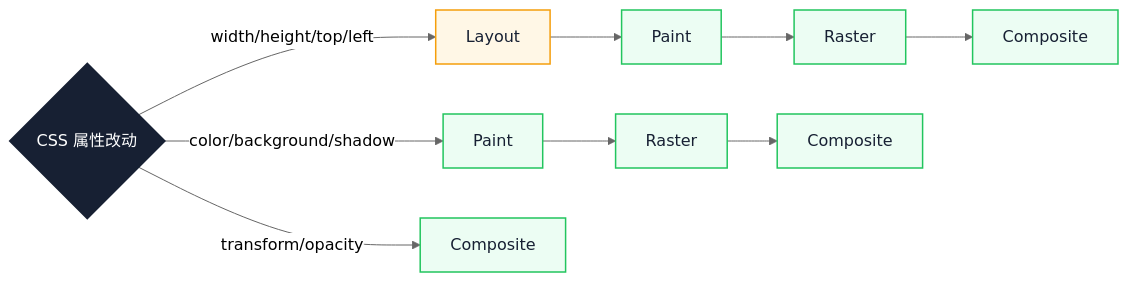
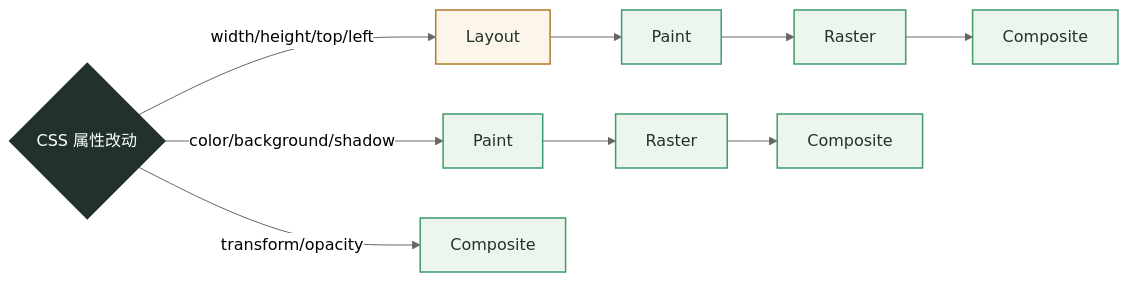
Before and after one commit to Fatejian/frontier-vault: the second of 2 diagrams in docs/performance/rendering-pitfalls.md, drawn with Mermaid (neutral theme). The commit also changed other lines of this file and 63 other files, not shown here.

````diff
--- a/docs/performance/rendering-pitfalls.md
+++ b/docs/performance/rendering-pitfalls.md
@@ -113,23 +113,23 @@
 ```mermaid
 flowchart LR
     Change{"CSS 属性改动"}
 
     Change -->|width/height/top/left| Layout[Layout]
     Change -->|color/background/shadow| Paint[Paint]
     Change -->|transform/opacity| Composite[Composite]
 
     Layout --> Paint2[Paint]
     Paint2 --> Raster[Raster]
     Raster --> Composite2[Composite]
 
     Paint --> Raster2[Raster]
     Raster2 --> Composite3[Composite]
 
-    classDef core fill:#172033,color:#fff,stroke:#172033,stroke-width:2px;
-    classDef block fill:#FFF7E6,stroke:#F59E0B,color:#172033,stroke-width:1.5px;
-    classDef work fill:#ECFDF3,stroke:#22C55E,color:#172033,stroke-width:1.5px;
+    classDef core fill:#22322B,color:#fff,stroke:#22322B,stroke-width:2px;
+    classDef block fill:#FBF5EA,stroke:#B27B2C,color:#22322B,stroke-width:1.5px;
+    classDef work fill:#EDF5EF,stroke:#3E9B6B,color:#22322B,stroke-width:1.5px;
 
     class Change core;
     class Layout block;
     class Paint,Paint2,Raster,Raster2,Composite,Composite2,Composite3 work;
 ```
````
